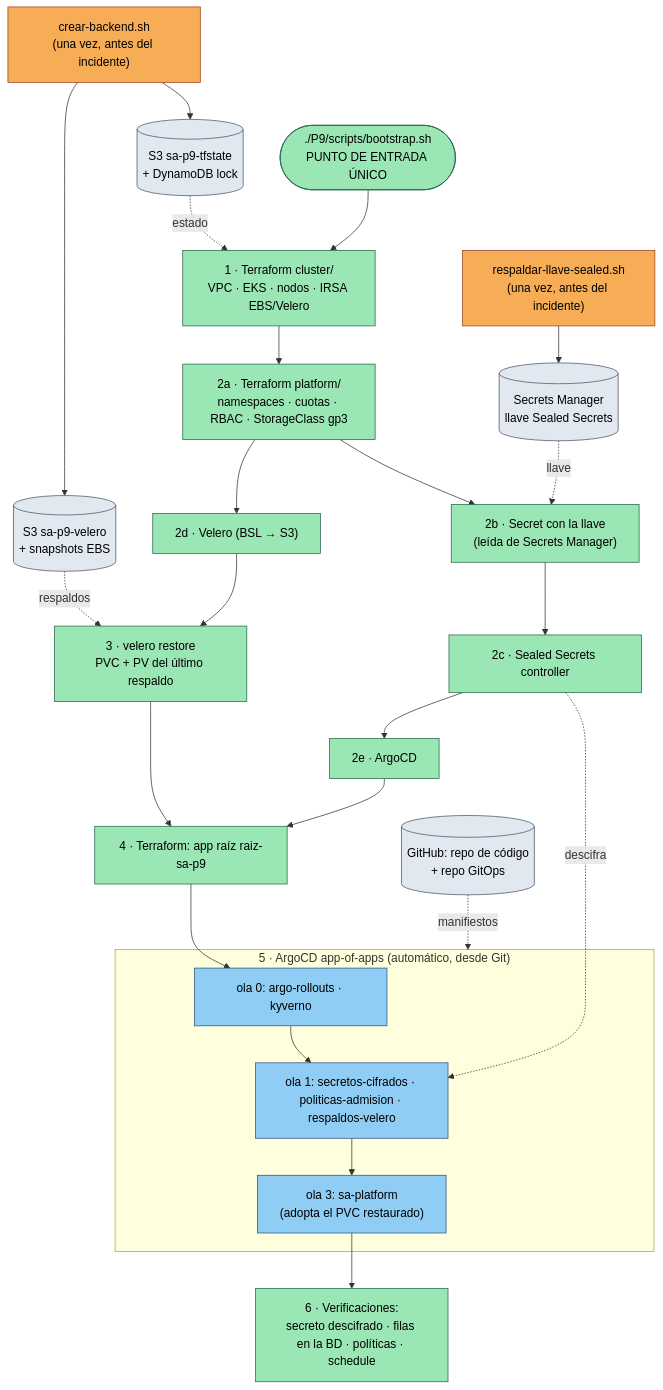
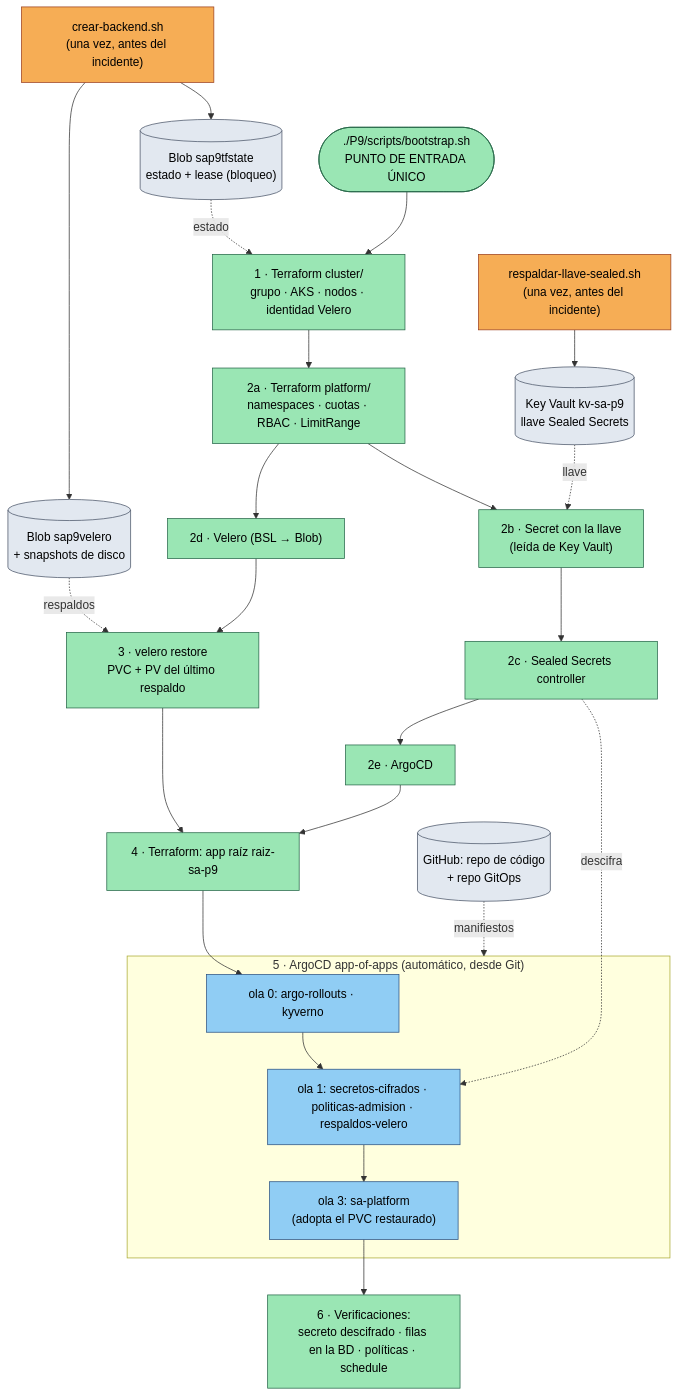
Before and after one commit to majosanchez07/Practicas-SA-B-202100265: the diagram in P9/docs/diagrama-bootstrap.md, drawn with Mermaid. The commit also changed other lines of this file and 17 other files, not shown here.

Commit message:
Traslada la practica 9 a Azure: AKS en centralus, estado en Blob con bloqueo, Velero con workload identity y llave en Key Vault

````diff
--- a/P9/docs/diagrama-bootstrap.md
+++ b/P9/docs/diagrama-bootstrap.md
@@ -11,47 +11,47 @@
 ```mermaid
 flowchart TD
     classDef manual fill:#f6ad55,stroke:#9c4221,color:#000
     classDef externo fill:#e2e8f0,stroke:#4a5568,color:#000
     classDef auto fill:#9ae6b4,stroke:#276749,color:#000
     classDef gitops fill:#90cdf4,stroke:#2c5282,color:#000
 
     M1["crear-backend.sh<br/>(una vez, antes del incidente)"]:::manual
     M2["respaldar-llave-sealed.sh<br/>(una vez, antes del incidente)"]:::manual
 
-    S3E[("S3 sa-p9-tfstate<br/>+ DynamoDB lock")]:::externo
-    S3V[("S3 sa-p9-velero<br/>+ snapshots EBS")]:::externo
-    SM[("Secrets Manager<br/>llave Sealed Secrets")]:::externo
+    S3E[("Blob sap9tfstate<br/>estado + lease (bloqueo)")]:::externo
+    S3V[("Blob sap9velero<br/>+ snapshots de disco")]:::externo
+    SM[("Key Vault kv-sa-p9<br/>llave Sealed Secrets")]:::externo
     GIT[("GitHub: repo de código<br/>+ repo GitOps")]:::externo
 
     M1 --> S3E & S3V
     M2 --> SM
 
     B0(["./P9/scripts/bootstrap.sh<br/>PUNTO DE ENTRADA ÚNICO"]):::auto
-    B1["1 · Terraform cluster/<br/>VPC · EKS · nodos · IRSA EBS/Velero"]:::auto
-    B2a["2a · Terraform platform/<br/>namespaces · cuotas · RBAC · StorageClass gp3"]:::auto
-    B2b["2b · Secret con la llave<br/>(leída de Secrets Manager)"]:::auto
+    B1["1 · Terraform cluster/<br/>grupo · AKS · nodos · identidad Velero"]:::auto
+    B2a["2a · Terraform platform/<br/>namespaces · cuotas · RBAC · LimitRange"]:::auto
+    B2b["2b · Secret con la llave<br/>(leída de Key Vault)"]:::auto
     B2c["2c · Sealed Secrets controller"]:::auto
-    B2d["2d · Velero (BSL → S3)"]:::auto
+    B2d["2d · Velero (BSL → Blob)"]:::auto
     B2e["2e · ArgoCD"]:::auto
     B3["3 · velero restore<br/>PVC + PV del último respaldo"]:::auto
     B4["4 · Terraform: app raíz raiz-sa-p9"]:::auto
 
     S3E -. estado .-> B1
     B0 --> B1 --> B2a --> B2b --> B2c --> B2e
     SM -. llave .-> B2b
     B2a --> B2d
     S3V -. respaldos .-> B3
     B2d --> B3 --> B4
     B2e --> B4
 
     subgraph ARGO["5 · ArgoCD app-of-apps (automático, desde Git)"]
       W0["ola 0: argo-rollouts · kyverno"]:::gitops
       W1["ola 1: secretos-cifrados · politicas-admision · respaldos-velero"]:::gitops
       W3["ola 3: sa-platform<br/>(adopta el PVC restaurado)"]:::gitops
       W0 --> W1 --> W3
     end
     GIT -. manifiestos .-> ARGO
     B4 --> W0
     B2c -. descifra .-> W1
     W3 --> V["6 · Verificaciones:<br/>secreto descifrado · filas en la BD · políticas · schedule"]:::auto
 ```
````
